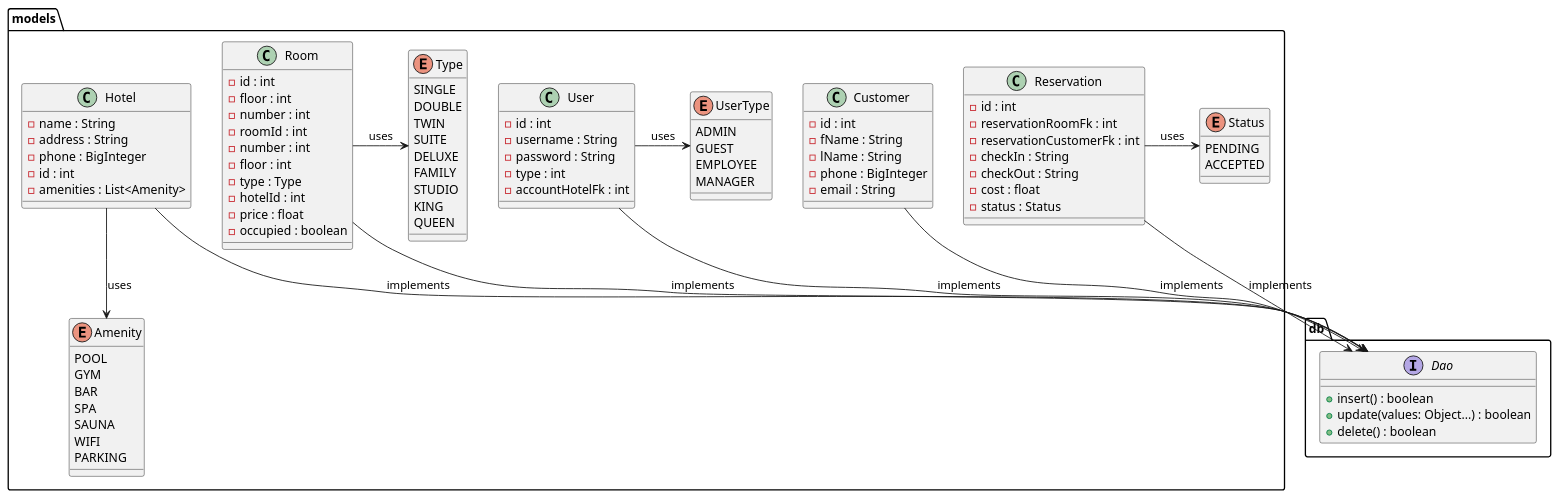
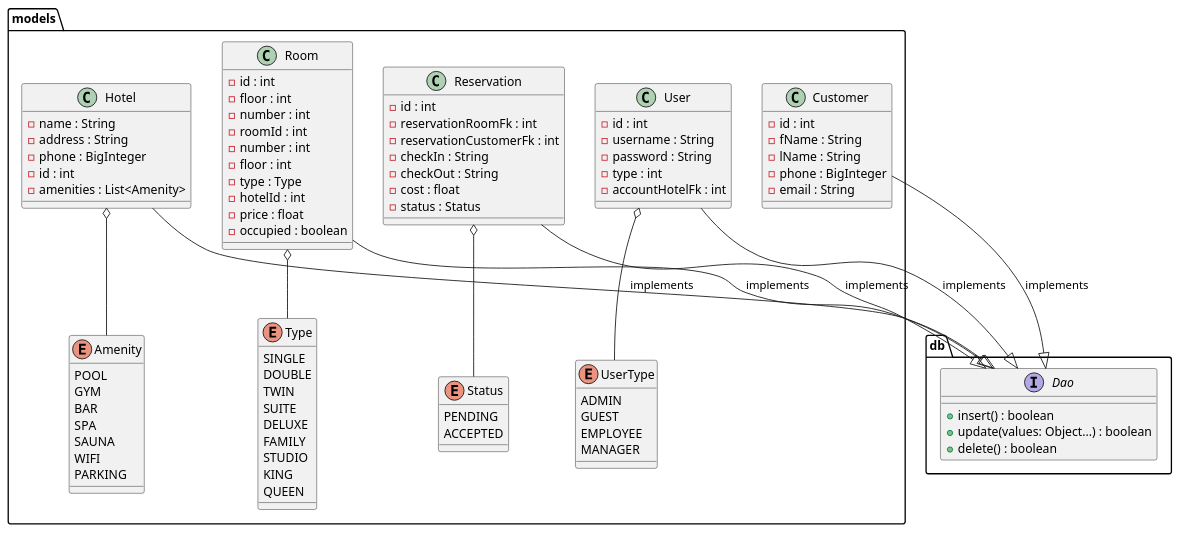
The diagram in docs/uml/models.plantuml (DMG-TechLabs/hotel-manager), drawn with PlantUML before and after one commit. The commit also changed 4 other files, not shown here.

Commit message:
corrected uml arrows

```diff
--- a/docs/uml/models.plantuml
+++ b/docs/uml/models.plantuml
@@ -1,99 +1,99 @@
 @startuml models
 
 package db {
     interface Dao {
         + insert() : boolean
         + update(values: Object...) : boolean
         + delete() : boolean
     }
 }
 
 package models {
     class Hotel {
         - name : String
         - address : String
         - phone : BigInteger
         - id : int
         - amenities : List<Amenity>
     }
     class Room {
         - id : int
         - floor : int
         - number : int
         - roomId : int
         - number : int
         - floor : int
         - type : Type
         - hotelId : int
         - price : float
         - occupied : boolean
     }
     class Reservation {
         - id : int
         - reservationRoomFk : int
         - reservationCustomerFk : int
         - checkIn : String
         - checkOut : String
         - cost : float
         - status : Status
     }
     class User {
         - id : int
         - username : String
         - password : String
         - type : int
         - accountHotelFk : int
     }
     class Customer {
         - id : int
         - fName : String
         - lName : String
         - phone : BigInteger
         - email : String
     }
 
     enum Amenity {
         POOL
         GYM
         BAR
         SPA
         SAUNA
         WIFI
         PARKING
     }
     enum Status {
         PENDING
         ACCEPTED
     }
     enum Type {
         SINGLE
         DOUBLE
         TWIN
         SUITE
         DELUXE
         FAMILY
         STUDIO
         KING
         QUEEN
     }
     enum UserType {
         ADMIN
         GUEST
         EMPLOYEE
         MANAGER
     }
 }
 
-Hotel --> Amenity : uses
-Reservation -> Status : uses
-Room -> Type : uses
-User -> UserType : uses
+Hotel o-- Amenity
+Reservation o-- Status
+Room o-- Type
+User o-- UserType
 
-Hotel --> Dao : implements
-Room --> Dao : implements
-Reservation --> Dao : implements
-User --> Dao : implements
-Customer --> Dao : implements
+Hotel --|> Dao : implements
+Room --|> Dao : implements
+Reservation --|> Dao : implements
+User --|> Dao : implements
+Customer --|> Dao : implements
 
 
 @enduml
```
